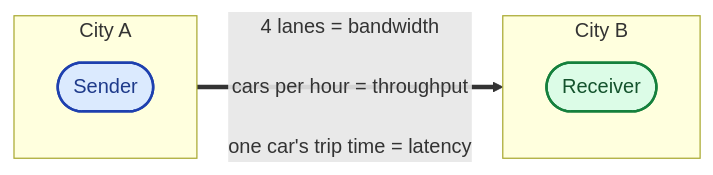
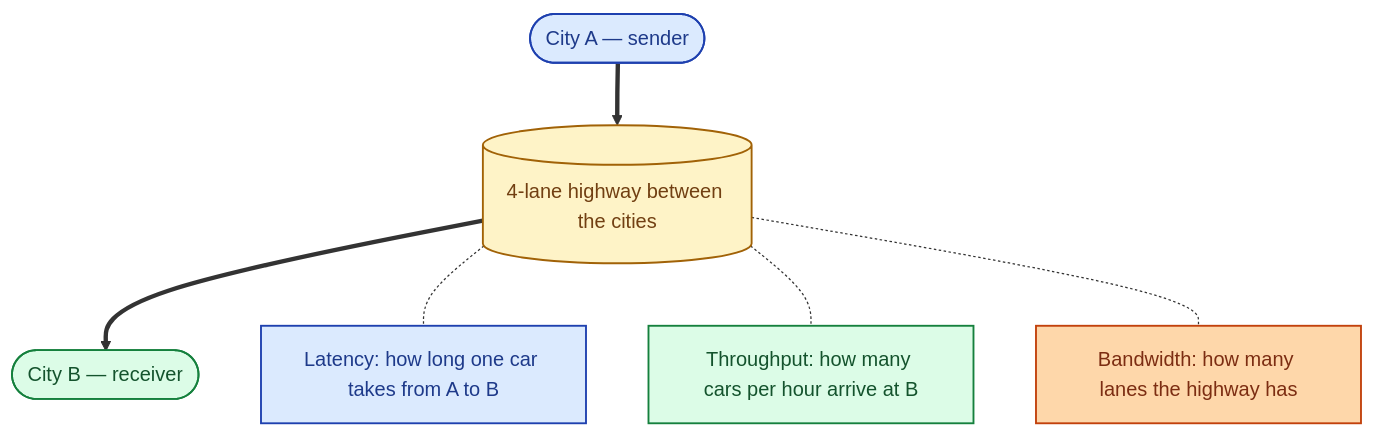
Before and after one commit to shiningflash/shiningflash.github.io: the first of 2 diagrams in _sd_concepts/004-latency-throughput-bandwidth.md, drawn with Mermaid. The commit also changed 8 other files, not shown here.

First line of the commit message:
Fix diagrams that rendered cramped at column width

````diff
--- a/_sd_concepts/004-latency-throughput-bandwidth.md
+++ b/_sd_concepts/004-latency-throughput-bandwidth.md
@@ -30,16 +30,23 @@
 ```mermaid
-flowchart LR
-    subgraph A["City A"]
-        direction TB
-        S1([Sender]):::client
-    end
-    subgraph B["City B"]
-        direction TB
-        R1([Receiver]):::server
-    end
+flowchart TB
+    A(["City A — sender"]):::client
+    HW[("4-lane highway between the cities")]:::infra
+    B(["City B — receiver"]):::server
 
-    A ==>|"4 lanes  =  bandwidth<br/><br/>cars per hour  =  throughput<br/><br/>one car's trip time  =  latency"| B
+    A ==> HW ==> B
 
-    classDef client fill:#dbeafe,stroke:#1e40af,color:#1e3a8a,stroke-width:2px
-    classDef server fill:#dcfce7,stroke:#15803d,color:#14532d,stroke-width:2px
+    L1["Latency: how long one car takes from A to B"]:::lat
+    L2["Throughput: how many cars per hour arrive at B"]:::thr
+    L3["Bandwidth: how many lanes the highway has"]:::ban
+
+    HW -.- L1
+    HW -.- L2
+    HW -.- L3
+
+    classDef client fill:#dbeafe,stroke:#1e40af,color:#1e3a8a,stroke-width:1.5px
+    classDef infra fill:#fef3c7,stroke:#a16207,color:#713f12,stroke-width:1.5px
+    classDef server fill:#dcfce7,stroke:#15803d,color:#14532d,stroke-width:1.5px
+    classDef lat fill:#dbeafe,stroke:#1e40af,color:#1e3a8a,stroke-width:1.5px
+    classDef thr fill:#dcfce7,stroke:#15803d,color:#14532d,stroke-width:1.5px
+    classDef ban fill:#fed7aa,stroke:#c2410c,color:#7c2d12,stroke-width:1.5px
 ```
````
